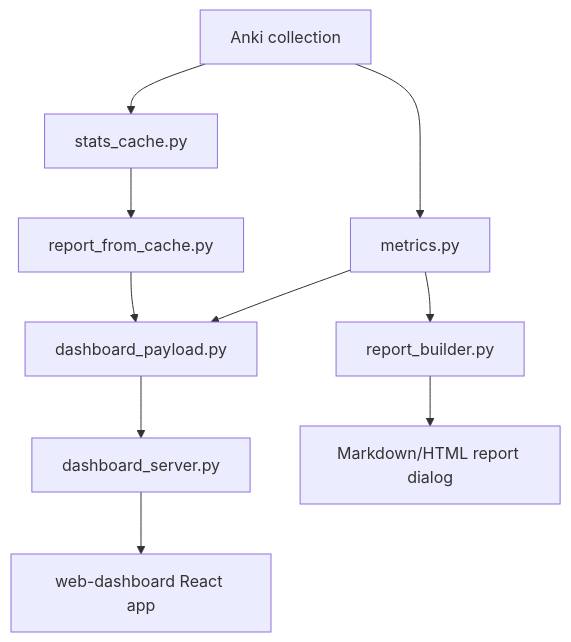
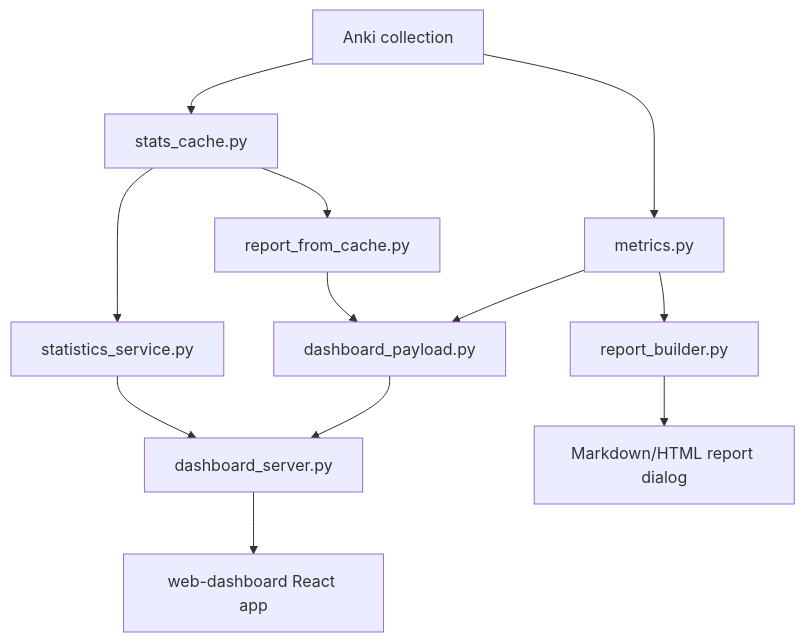
One commit to AliceLiddell01/anki-study-report changed the diagram in docs/architecture.md. Above: the diagram before and after it, drawn with Mermaid. The commit also changed other lines of this file and 17 other files, not shown here.

````diff
--- a/docs/architecture.md
+++ b/docs/architecture.md
@@ -7,12 +7,14 @@
 ```mermaid
 flowchart TD
     A["Anki collection"] --> B["metrics.py"]
     A --> C["stats_cache.py"]
     C --> D["report_from_cache.py"]
+    C --> S["statistics_service.py"]
     B --> E["dashboard_payload.py"]
     D --> E
     E --> F["dashboard_server.py"]
     F --> G["web-dashboard React app"]
+    S --> F
     B --> H["report_builder.py"]
     H --> I["Markdown/HTML report dialog"]
 ```
````
